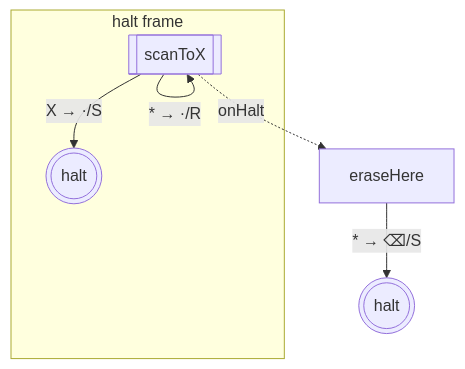
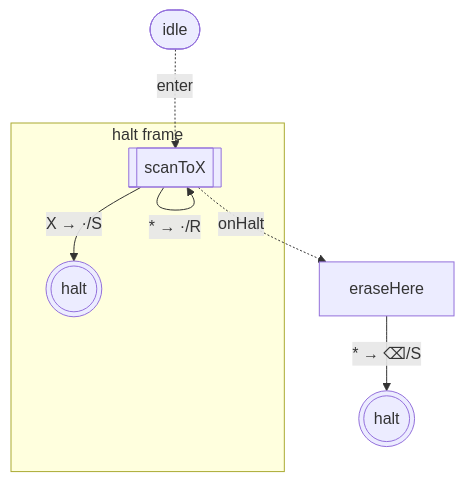
Before and after one commit to mellonis/turing-machine-js: the eighth of 8 diagrams in packages/machine/README.md, drawn with Mermaid. The commit also changed other lines of this file and 5 other files, not shown here.

````diff
--- a/packages/machine/README.md
+++ b/packages/machine/README.md
@@ -439,14 +447,16 @@
 ```mermaid
 flowchart TD
 %% alphabets: [[" ","a","b","X"]]
   s0(((halt)))
   s2["eraseHere"]
+  idle([idle])
   subgraph w_3["halt frame"]
     s3[["scanToX"]]
     c3(((halt)))
   end
+  idle -. enter .-> s3
   s2 -- "* → ⌫/S" --> s0
   s3 -- "X → ·/S" --> c3
   s3 -- "* → ·/R" --> s3
   s3 -. onHalt .-> s2
 ```
````
